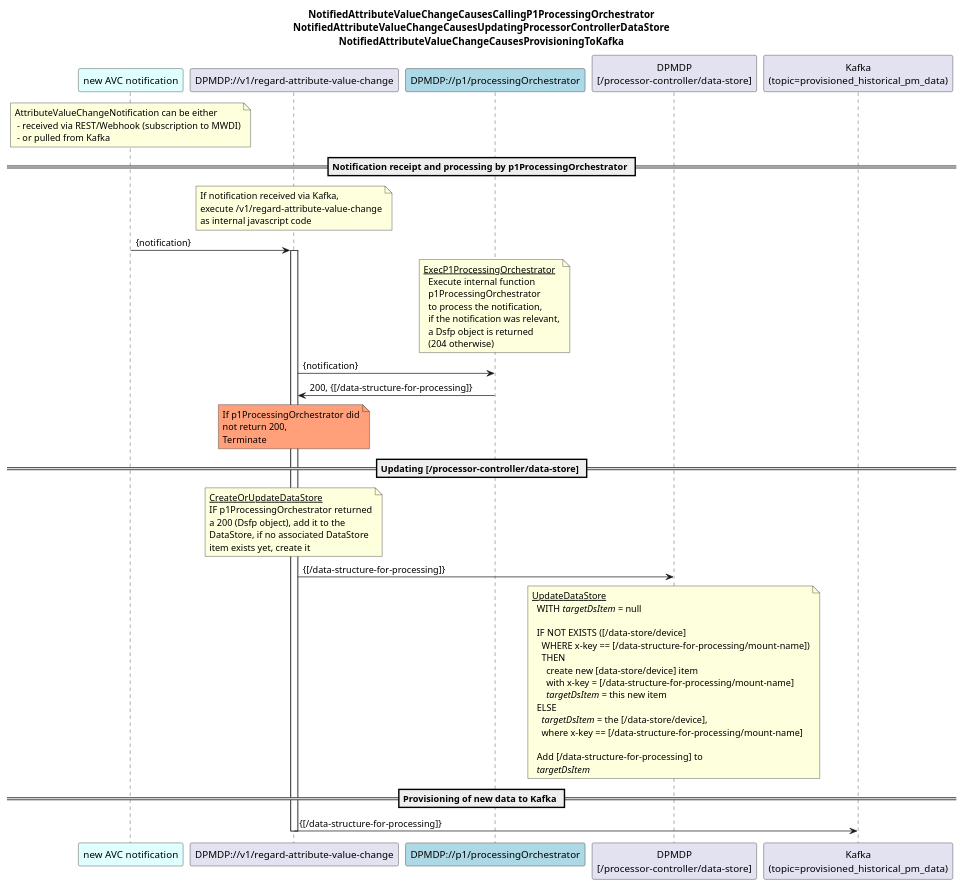
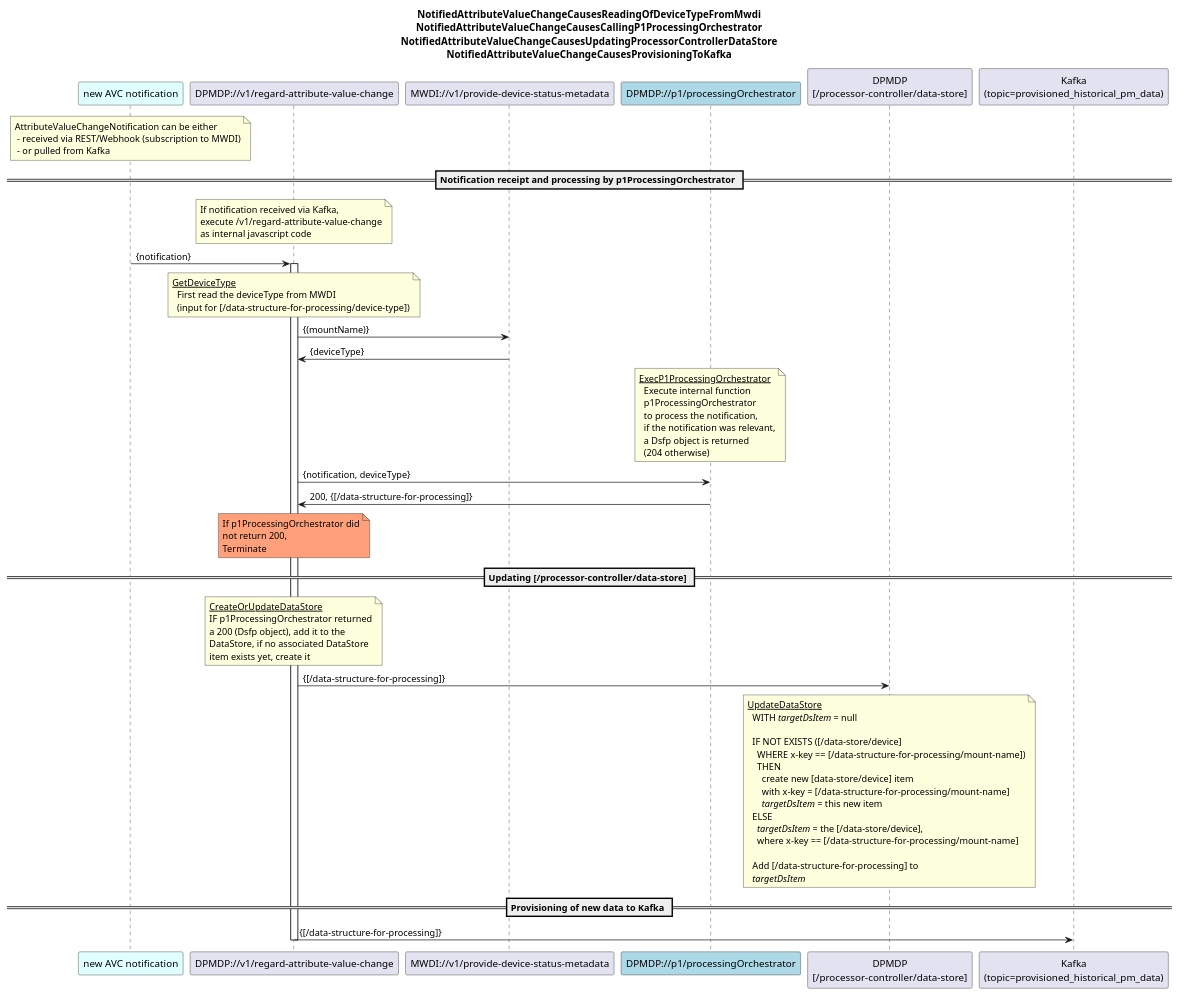
Before and after one commit to openBackhaul/DevicePerformanceManagementDataProcessor: the diagram in spec/diagrams/001_RegardAttributeValueChangeNotification.plantuml, drawn with PlantUML. The commit also changed 6 other files, not shown here.

Commit message:
move deviceType retrieval to regard-service

```diff
--- a/spec/diagrams/001_RegardAttributeValueChangeNotification.plantuml
+++ b/spec/diagrams/001_RegardAttributeValueChangeNotification.plantuml
@@ -1,85 +1,95 @@
 @startuml 00x_RegardAttributeValueChangeNotification
 skinparam responseMessageBelowArrow true
 
 title
+NotifiedAttributeValueChangeCausesReadingOfDeviceTypeFromMwdi
 NotifiedAttributeValueChangeCausesCallingP1ProcessingOrchestrator
 NotifiedAttributeValueChangeCausesUpdatingProcessorControllerDataStore
 NotifiedAttributeValueChangeCausesProvisioningToKafka
 end title
 
 participant "new AVC notification" as notif #LightCyan
 participant "DPMDP://v1/regard-attribute-value-change" as dpmdp
+participant "MWDI://v1/provide-device-status-metadata" as devType
 participant "DPMDP://p1/processingOrchestrator" as po #LightBlue
 participant "DPMDP\n[/processor-controller/data-store]" as dataStore
 participant "Kafka\n(topic=provisioned_historical_pm_data)" as kafka
 
 note over notif
   AttributeValueChangeNotification can be either 
    - received via REST/Webhook (subscription to MWDI)
    - or pulled from Kafka
 end note
 
 == Notification receipt and processing by p1ProcessingOrchestrator ==
 
 note over dpmdp
   If notification received via Kafka,
   execute /v1/regard-attribute-value-change
   as internal javascript code
 end note
 notif -> dpmdp: {notification}
 activate dpmdp
 
+note over dpmdp
+<u>GetDeviceType</u>
+  First read the deviceType from MWDI
+  (input for [/data-structure-for-processing/device-type])
+end note
+dpmdp -> devType: {(mountName)}
+devType -> dpmdp: {deviceType}
+
 note over po
 <u>ExecP1ProcessingOrchestrator</u>
   Execute internal function
   p1ProcessingOrchestrator
   to process the notification, 
   if the notification was relevant,
   a Dsfp object is returned
   (204 otherwise)
 end note
-dpmdp -> po: {notification}
+dpmdp -> po: {notification, deviceType}
 po -> dpmdp: 200, {[/data-structure-for-processing]}
 
 note over dpmdp #LightSalmon
   If p1ProcessingOrchestrator did
   not return 200,
   Terminate
 end note
 
 == Updating [/processor-controller/data-store] ==
 
 
 note over dpmdp
 <u>CreateOrUpdateDataStore</u>
 IF p1ProcessingOrchestrator returned
 a 200 (Dsfp object), add it to the
 DataStore, if no associated DataStore
 item exists yet, create it
 end note
 dpmdp -> dataStore: {[/data-structure-for-processing]}
 
 note over dataStore
 <u>UpdateDataStore</u>
   WITH <i>targetDsItem</i> = null
 
   IF NOT EXISTS ([/data-store/device]
     WHERE x-key == [/data-structure-for-processing/mount-name])
     THEN 
       create new [data-store/device] item
       with x-key = [/data-structure-for-processing/mount-name]
       <i>targetDsItem</i> = this new item
   ELSE
     <i>targetDsItem</i> = the [/data-store/device], 
     where x-key == [/data-structure-for-processing/mount-name]
 
   Add [/data-structure-for-processing] to
   <i>targetDsItem</i>
 end note
 
 == Provisioning of new data to Kafka ==
 dpmdp -> kafka: {[/data-structure-for-processing]}
 
 deactivate dpmdp
 
 @enduml
```
